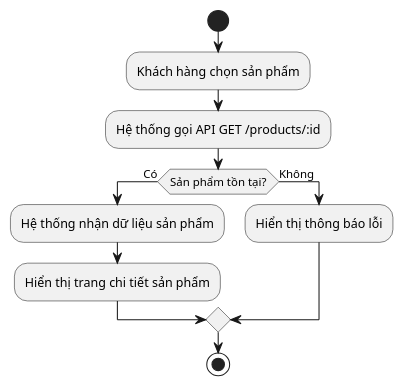
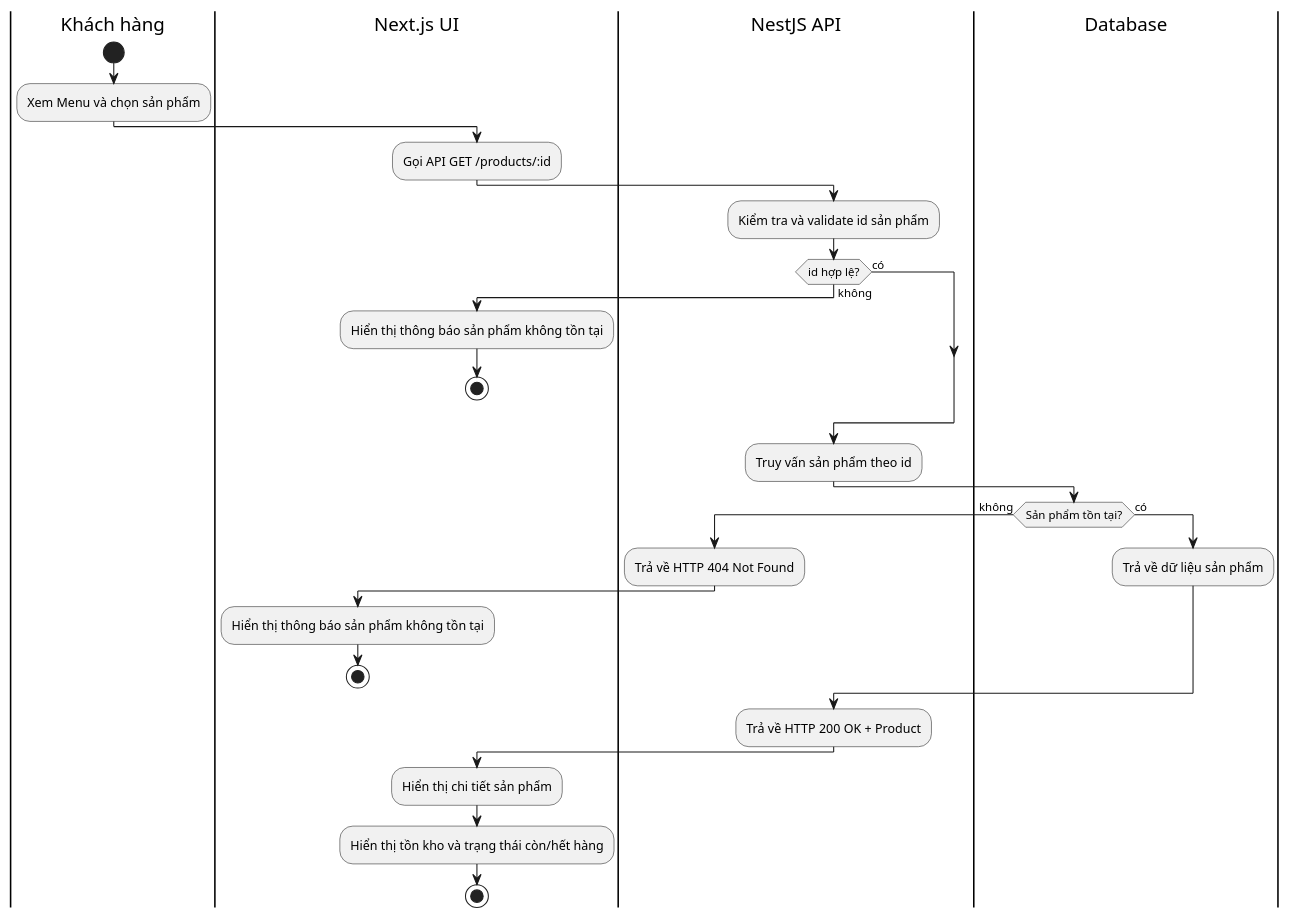
Before and after one commit to supergigachadsupreme300/brewlite2: the diagram in docs/diagrams/product-detail/product-detail-activity.puml, drawn with PlantUML. The commit also changed 22 other files, not shown here.

```diff
--- a/docs/diagrams/product-detail/product-detail-activity.puml
+++ b/docs/diagrams/product-detail/product-detail-activity.puml
@@ -1,12 +1,42 @@
 @startuml
+skinparam shadowing false
+
+|Khách hàng|
 start
-:Khách hàng chọn sản phẩm;
-:Hệ thống gọi API GET /products/:id;
-if (Sản phẩm tồn tại?) then (Có)
-  :Hệ thống nhận dữ liệu sản phẩm;
-  :Hiển thị trang chi tiết sản phẩm;
-else (Không)
-  :Hiển thị thông báo lỗi;
+:Xem Menu và chọn sản phẩm;
+
+|Next.js UI|
+:Gọi API GET /products/:id;
+
+|NestJS API|
+:Kiểm tra và validate id sản phẩm;
+if (id hợp lệ?) then (không)
+  |Next.js UI|
+  :Hiển thị thông báo sản phẩm không tồn tại;
+  stop
+else (có)
 endif
+
+|NestJS API|
+:Truy vấn sản phẩm theo id;
+
+|Database|
+if (Sản phẩm tồn tại?) then (không)
+  |NestJS API|
+  :Trả về HTTP 404 Not Found;
+  |Next.js UI|
+  :Hiển thị thông báo sản phẩm không tồn tại;
+  stop
+else (có)
+  |Database|
+  :Trả về dữ liệu sản phẩm;
+endif
+
+|NestJS API|
+:Trả về HTTP 200 OK + Product;
+
+|Next.js UI|
+:Hiển thị chi tiết sản phẩm;
+:Hiển thị tồn kho và trạng thái còn/hết hàng;
 stop
 @enduml
```
